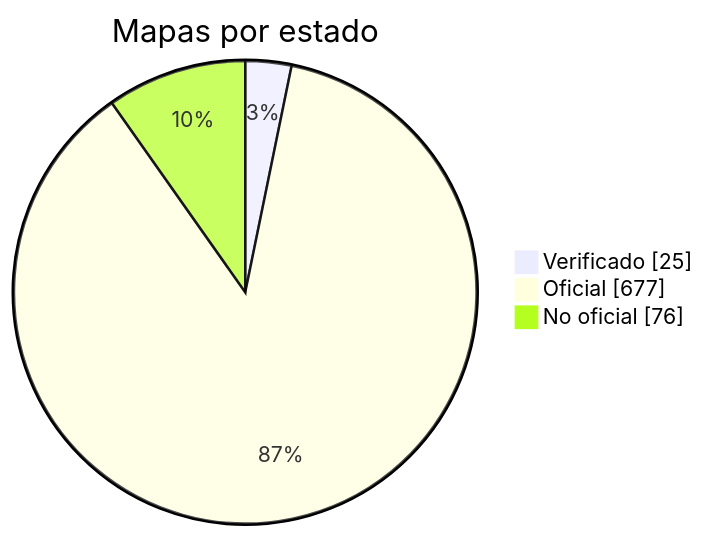
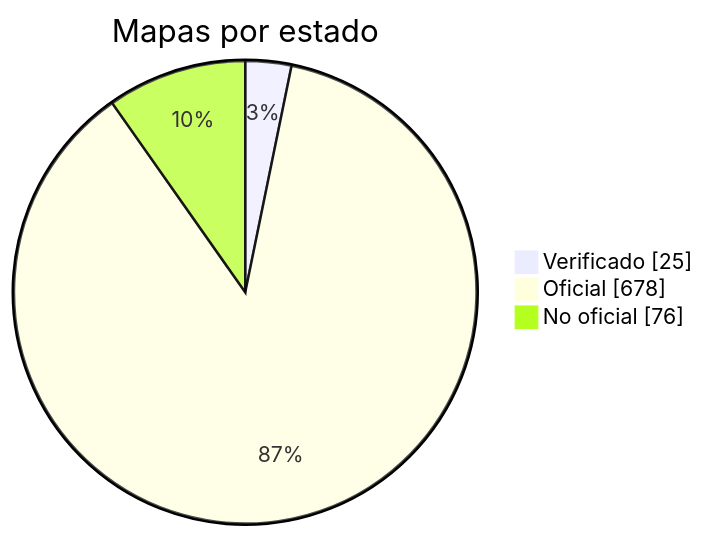
The diagram in docs/readme/README_ES.md (nobrega8/mbmap-library), drawn with Mermaid before and after one commit. The commit also changed 6 other files, not shown here.

````diff
--- a/docs/readme/README_ES.md
+++ b/docs/readme/README_ES.md
@@ -54,7 +54,7 @@
 ```mermaid
 pie showData
     title Mapas por estado
     "Verificado" : 25
-    "Oficial" : 677
+    "Oficial" : 678
     "No oficial" : 76
 ```
````
